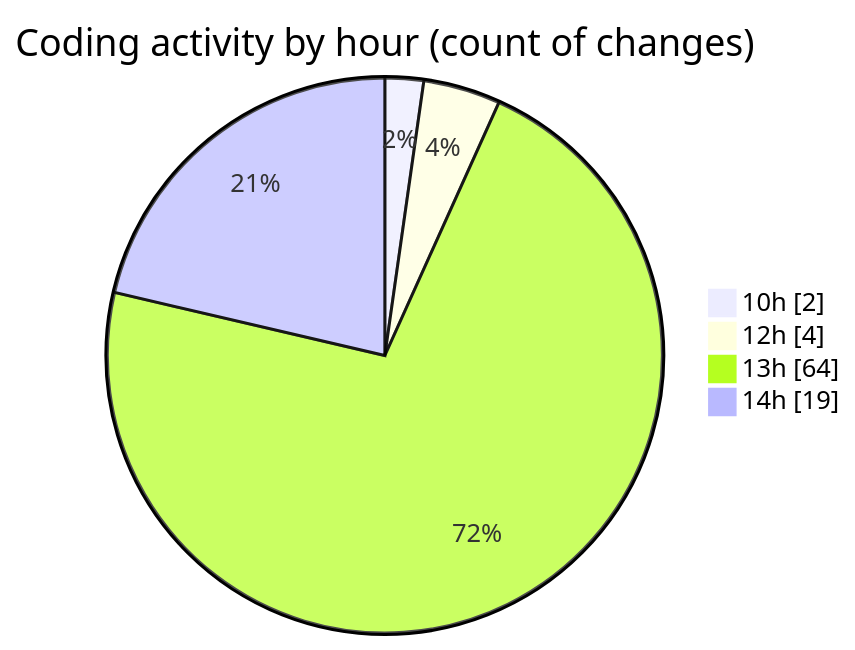
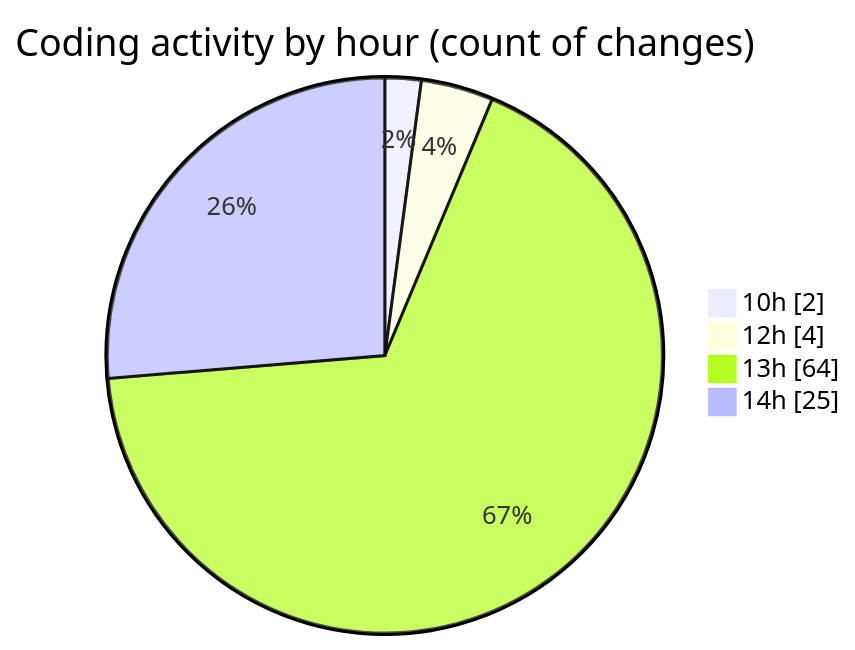
Before and after one commit to momahboobian/code-tracking: the second of 2 diagrams in 2026-04-30/cda/README.md, drawn with Mermaid. The commit also changed other lines of this file and 1 other file, not shown here.

````diff
--- a/2026-04-30/cda/README.md
+++ b/2026-04-30/cda/README.md
@@ -69,8 +69,8 @@
 ```mermaid
 pie showData
 title Coding activity by hour (count of changes)
 "10h" : 2
 "12h" : 4
 "13h" : 64
-"14h" : 19
+"14h" : 25
 ```
````
